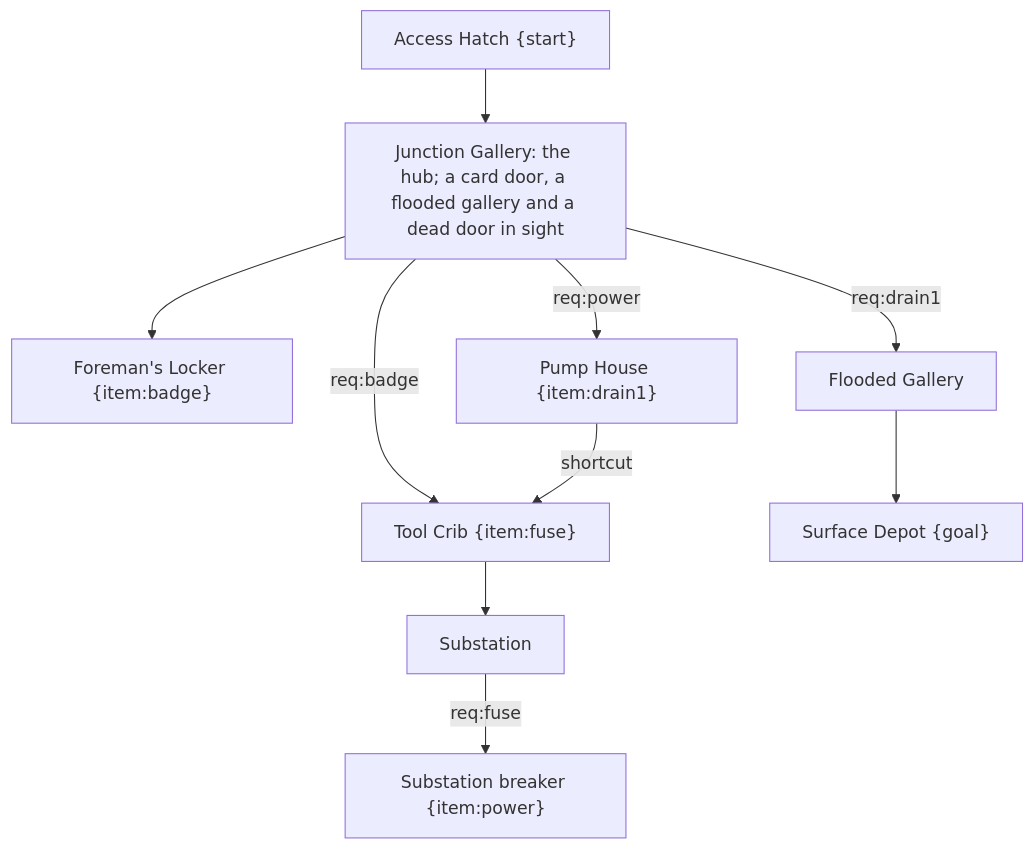
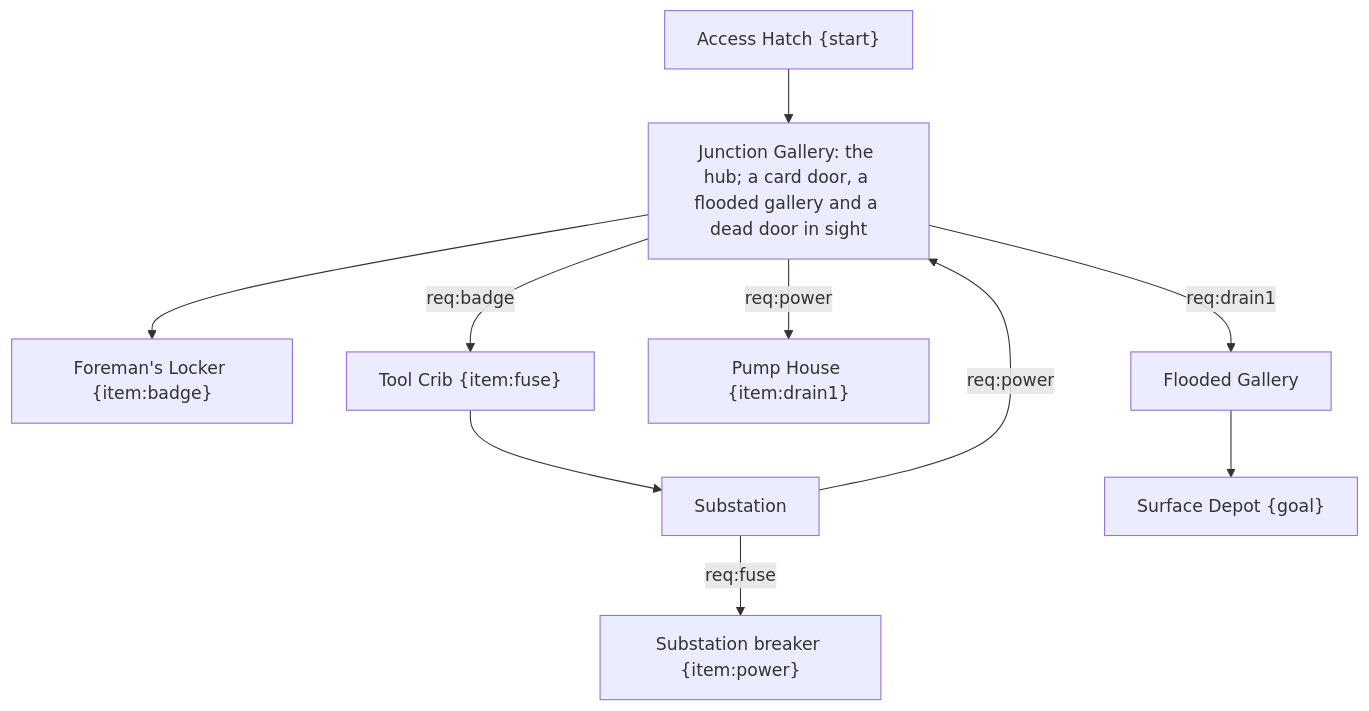
One commit to grimmylock/agora-vai-action changed the diagram in ArtSource/plans/dungeons/maintenance_tunnels.mmd. Above: the diagram before and after it, drawn with Mermaid. The commit also changed 16 other files, not shown here.

First line of the commit message:
Dungeon redo: Maintenance Tunnels, Underground Bunker; fix N landmark marks (cave niche, mine gallery)

```diff
--- a/ArtSource/plans/dungeons/maintenance_tunnels.mmd
+++ b/ArtSource/plans/dungeons/maintenance_tunnels.mmd
@@ -1,13 +1,13 @@
-%% Maintenance Tunnels. Theme: utility tunnels. Locks: BADGE, POWER (substation; fuse in the tool crib), DRAIN (flooded section). Loop: a ladder shaft pump house<->crib.
+%% Maintenance Tunnels. Theme: utility tunnels. Locks: BADGE, POWER (substation; fuse in the tool crib), DRAIN (flooded section). Loop: a dead door substation<->junction that wakes with the power (2026-11-11; it was a ladder shaft pump house<->crib).
 %% start: St
 %% goal: Sd
 flowchart TD
   St["Access Hatch {start}"] --> Jn["Junction Gallery: the hub; a card door, a flooded gallery and a dead door in sight"]
   Jn --> Lk["Foreman's Locker {item:badge}"]
   Jn -->|req:badge| Tc["Tool Crib {item:fuse}"]
   Tc --> Ss["Substation"]
   Ss -->|req:fuse| Sw["Substation breaker {item:power}"]
   Jn -->|req:power| Ph["Pump House {item:drain1}"]
   Jn -->|req:drain1| Fl["Flooded Gallery"]
   Fl --> Sd["Surface Depot {goal}"]
-  Ph -->|shortcut| Tc
+  Ss -->|req:power| Jn
```
